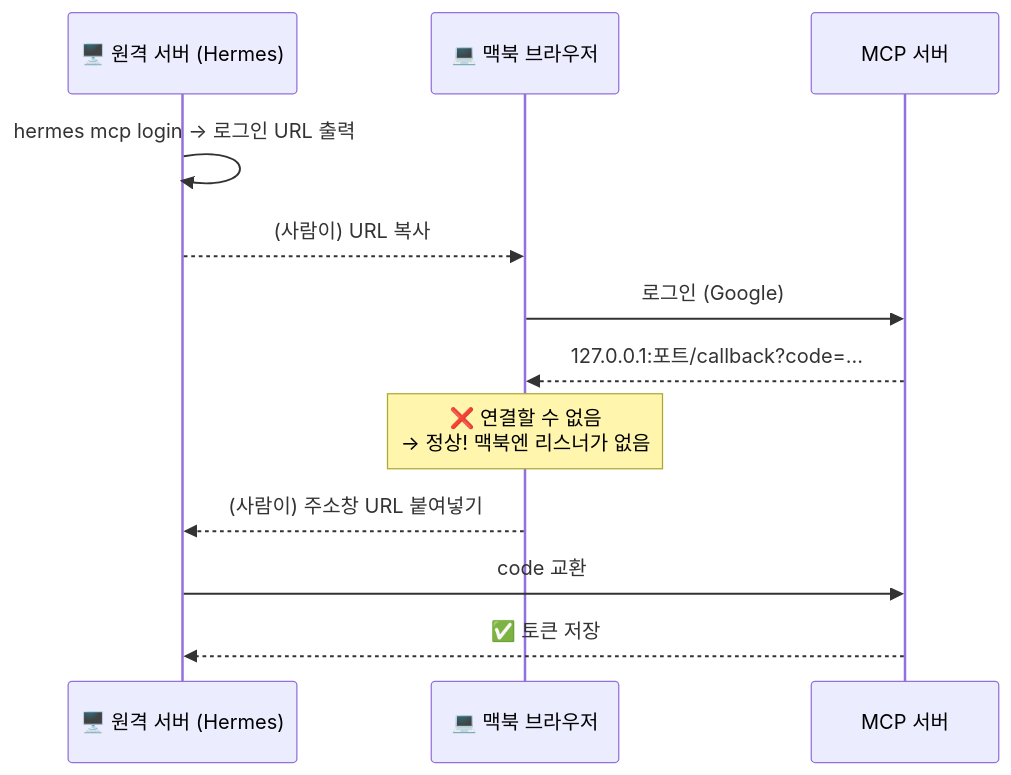
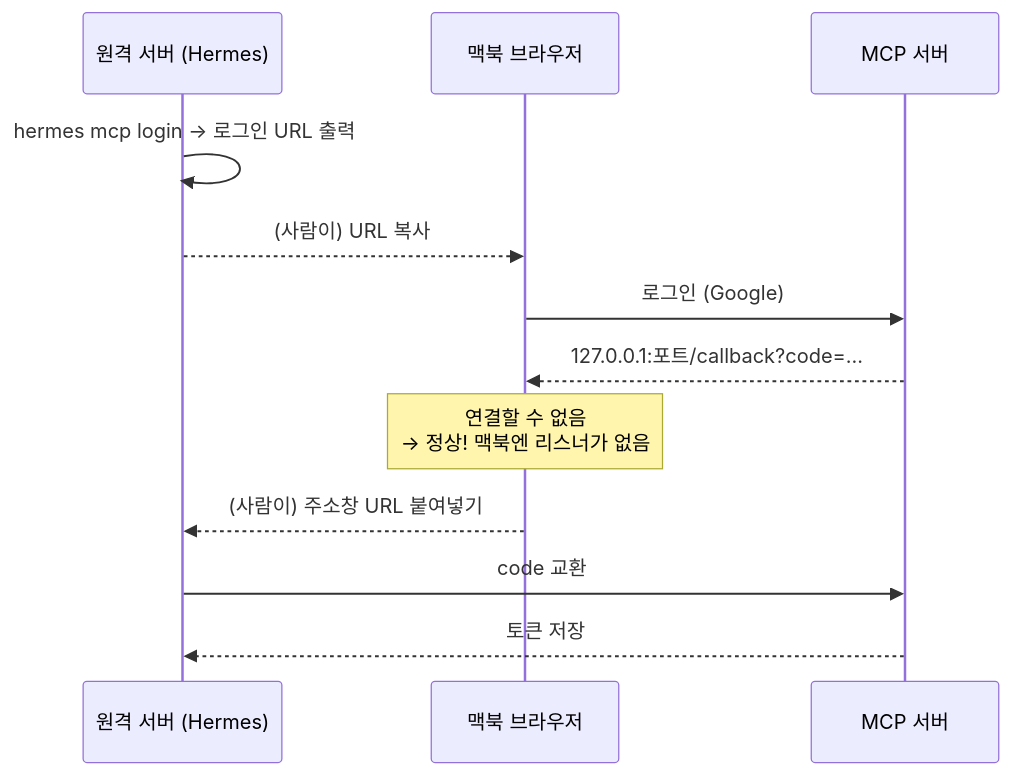
The third of 7 diagrams in 2026/11/16-hermes-slack-bot-mcp-troubleshooting.md (suojae/DAE_study_with_claude), drawn with Mermaid before and after one commit. The commit also changed other lines of this file and 6 other files, not shown here.

````diff
--- a/2026/11/16-hermes-slack-bot-mcp-troubleshooting.md
+++ b/2026/11/16-hermes-slack-bot-mcp-troubleshooting.md
@@ -78,14 +78,14 @@
 ```mermaid
 sequenceDiagram
-    participant R as 🖥️ 원격 서버 (Hermes)
-    participant B as 💻 맥북 브라우저
+    participant R as 원격 서버 (Hermes)
+    participant B as 맥북 브라우저
     participant S as MCP 서버
     R->>R: hermes mcp login → 로그인 URL 출력
     R-->>B: (사람이) URL 복사
     B->>S: 로그인 (Google)
     S-->>B: 127.0.0.1:포트/callback?code=...
-    Note over B: ❌ 연결할 수 없음<br/>→ 정상! 맥북엔 리스너가 없음
+    Note over B: 연결할 수 없음<br/>→ 정상! 맥북엔 리스너가 없음
     B-->>R: (사람이) 주소창 URL 붙여넣기
     R->>S: code 교환
-    S-->>R: ✅ 토큰 저장
+    S-->>R: 토큰 저장
 ```
````
